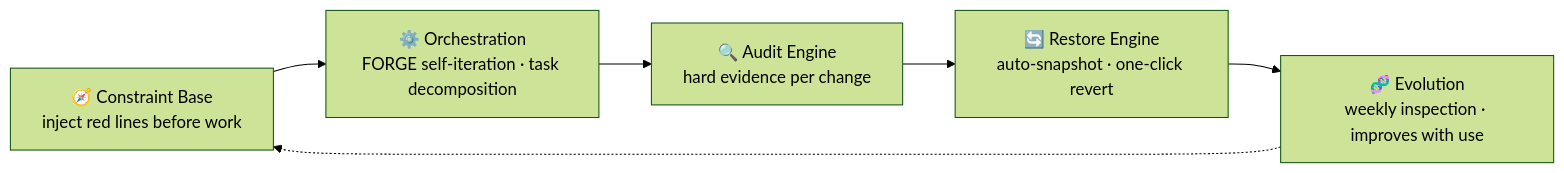
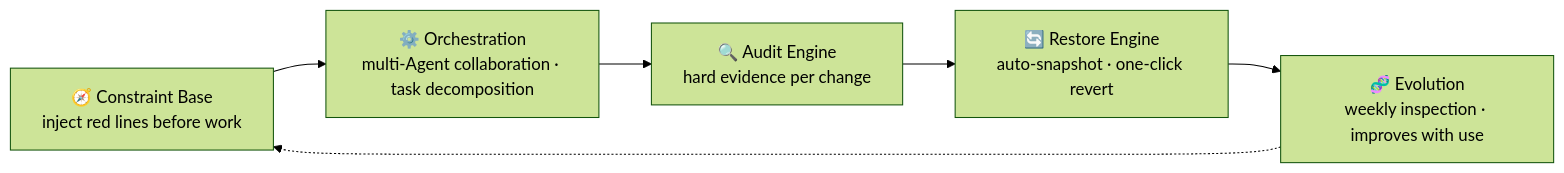
The diagram in README.en.md (KongFangXun/sofagent), drawn with Mermaid (forest theme) before and after one commit. The commit also changed other lines of this file and 9 other files, not shown here.

````diff
--- a/README.en.md
+++ b/README.en.md
@@ -156,8 +182,8 @@
 ```mermaid
 flowchart LR
-    CB[🧭 Constraint Base<br/>inject red lines before work] --> OR[⚙️ Orchestration<br/>FORGE self-iteration · task decomposition]
+    CB[🧭 Constraint Base<br/>inject red lines before work] --> OR[⚙️ Orchestration<br/>multi-Agent collaboration · task decomposition]
     OR --> AU[🔍 Audit Engine<br/>hard evidence per change]
     AU --> RE[🔄 Restore Engine<br/>auto-snapshot · one-click revert]
     RE --> EV[🧬 Evolution<br/>weekly inspection · improves with use]
     EV -.-> CB
 ```
````
